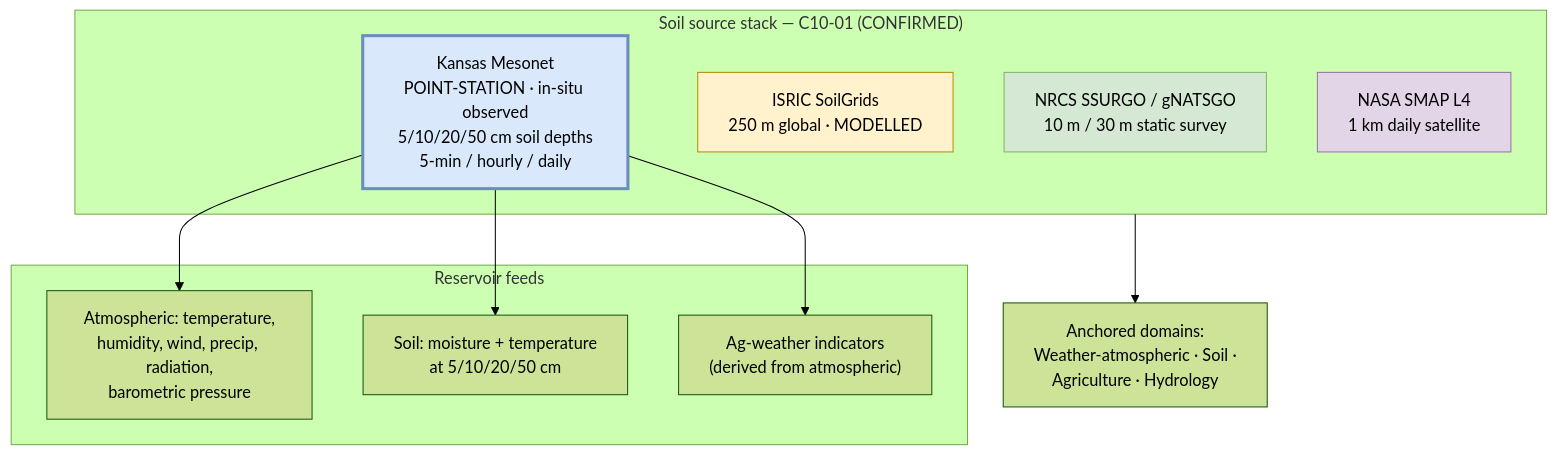
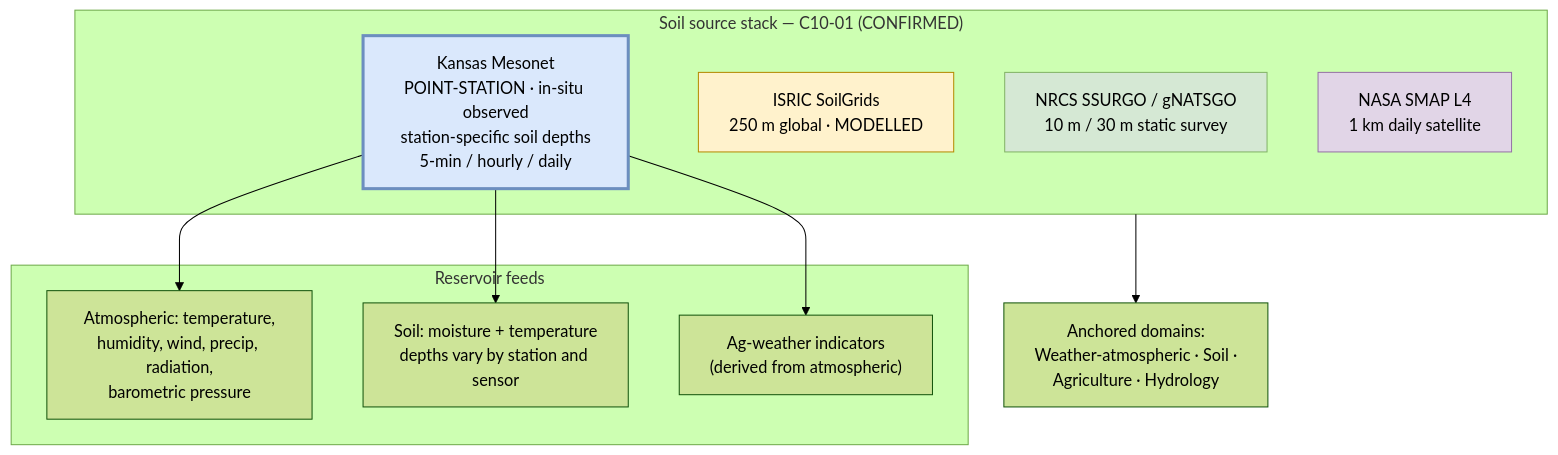
One commit to bartytime4life/Kansas-Frontier-Matrix changed the diagram in docs/sources/catalog/kansas/kansas-mesonet.md. Above: the diagram before and after it, drawn with Mermaid (forest theme). The commit also changed other lines of this file and 5 other files, not shown here.

Commit message:
Add consent-gated Kansas Mesonet page map to source observatory

````diff
--- a/docs/sources/catalog/kansas/kansas-mesonet.md
+++ b/docs/sources/catalog/kansas/kansas-mesonet.md
@@ -142,30 +160,30 @@
 ```mermaid
 flowchart TB
     subgraph SOILSTACK["Soil source stack — C10-01 (CONFIRMED)"]
         SSURGO["NRCS SSURGO / gNATSGO<br/>10 m / 30 m static survey"]
         SG["ISRIC SoilGrids<br/>250 m global · MODELLED"]
-        MESO["Kansas Mesonet<br/>POINT-STATION · in-situ observed<br/>5/10/20/50 cm soil depths<br/>5-min / hourly / daily"]
+        MESO["Kansas Mesonet<br/>POINT-STATION · in-situ observed<br/>station-specific soil depths<br/>5-min / hourly / daily"]
         SMAP["NASA SMAP L4<br/>1 km daily satellite"]
     end
 
     subgraph KMRESERV["Reservoir feeds"]
         ATM["Atmospheric: temperature,<br/>humidity, wind, precip, radiation,<br/>barometric pressure"]
-        SOIL["Soil: moisture + temperature<br/>at 5/10/20/50 cm"]
+        SOIL["Soil: moisture + temperature<br/>depths vary by station and sensor"]
         AG["Ag-weather indicators<br/>(derived from atmospheric)"]
     end
 
     MESO --> ATM
     MESO --> SOIL
     MESO --> AG
 
     SOILSTACK --> DOMAINS["Anchored domains:<br/>Weather-atmospheric · Soil ·<br/>Agriculture · Hydrology"]
 
     classDef survey fill:#d5e8d4,stroke:#82b366;
     classDef model fill:#fff2cc,stroke:#b58900;
     classDef obs fill:#dae8fc,stroke:#6c8ebf,stroke-width:3px;
     classDef sat fill:#e1d5e7,stroke:#9673a6;
     class SSURGO survey
     class SG model
     class MESO obs
     class SMAP sat
 ```
````
